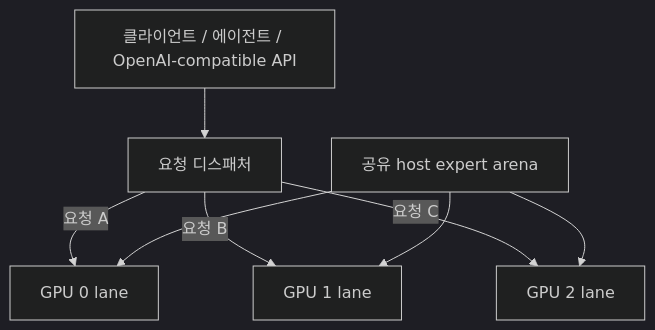
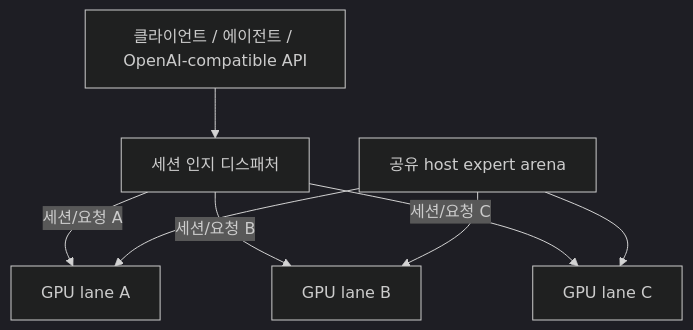
Before and after one commit to rhgo1749/qwen3.8-flash-next-strata-3x5070ti-recipe: the diagram in README.ko.md, drawn with Mermaid (dark theme). The commit also changed other lines of this file and 3 other files, not shown here.

````diff
--- a/README.ko.md
+++ b/README.ko.md
@@ -18,10 +24,10 @@
 ```mermaid
 flowchart TB
-    C[클라이언트 / 에이전트 / OpenAI-compatible API] --> D[요청 디스패처]
-    D -->|요청 A| G0[GPU 0 lane]
-    D -->|요청 B| G1[GPU 1 lane]
-    D -->|요청 C| G2[GPU 2 lane]
+    C[클라이언트 / 에이전트 / OpenAI-compatible API] --> D[세션 인지 디스패처]
+    D -->|세션/요청 A| G0[GPU lane A]
+    D -->|세션/요청 B| G1[GPU lane B]
+    D -->|세션/요청 C| G2[GPU lane C]
     E[공유 host expert arena] --> G0
     E --> G1
     E --> G2
 ```
````
